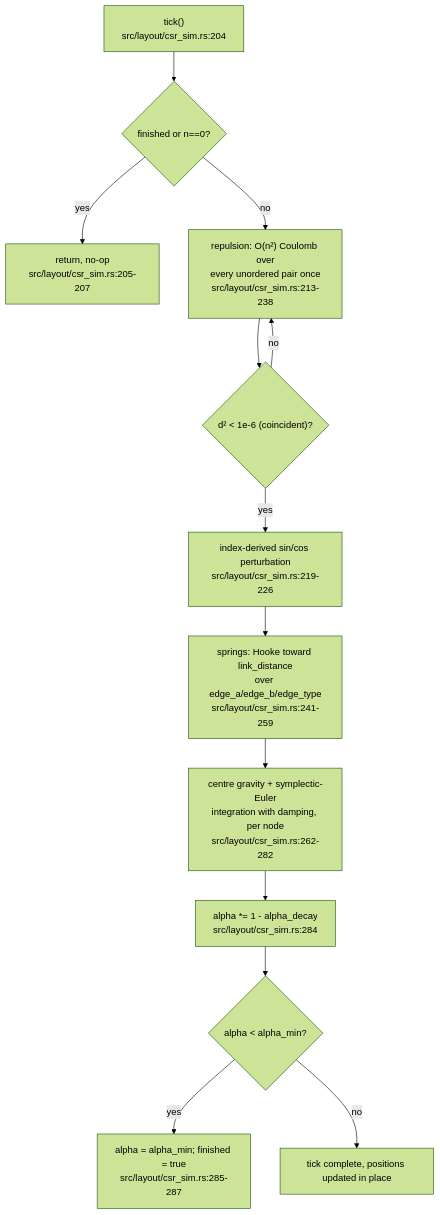
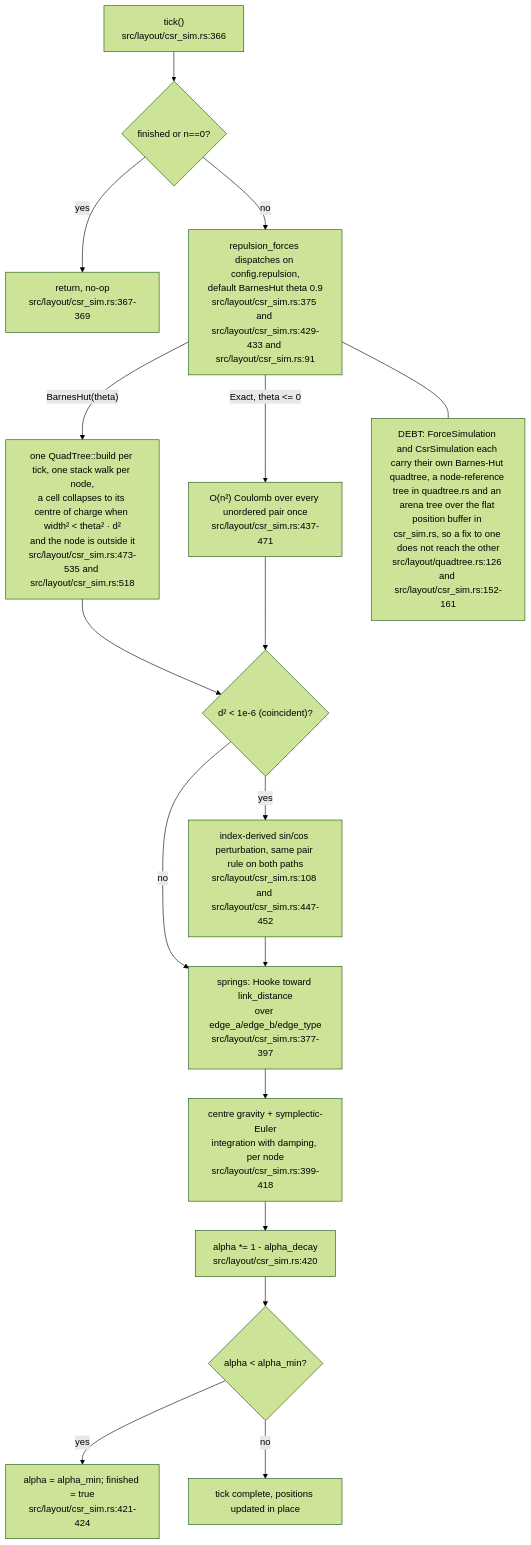
Before and after one commit to DreamLab-AI/VisionFlow: the fifth of 9 diagrams in docs/diagrams/vowl-wasm/03-force-layout-lifecycle.md, drawn with Mermaid (forest theme). The commit also changed other lines of this file and 160 other files, not shown here.

````diff
--- a/docs/diagrams/vowl-wasm/03-force-layout-lifecycle.md
+++ b/docs/diagrams/vowl-wasm/03-force-layout-lifecycle.md
@@ -90,15 +93,20 @@
 ```mermaid
 flowchart TB
-    T["tick()<br/>src/layout/csr_sim.rs:204"] --> FIN{"finished or n==0?"}
-    FIN -->|yes| RET["return, no-op<br/>src/layout/csr_sim.rs:205-207"]
-    FIN -->|no| REP["repulsion: O(n²) Coulomb over<br/>every unordered pair once<br/>src/layout/csr_sim.rs:213-238"]
-    REP --> COIN{"d² < 1e-6 (coincident)?"}
-    COIN -->|yes| NUDGE["index-derived sin/cos perturbation<br/>src/layout/csr_sim.rs:219-226"]
-    COIN -->|no| REP
-    NUDGE --> SPRING["springs: Hooke toward link_distance<br/>over edge_a/edge_b/edge_type<br/>src/layout/csr_sim.rs:241-259"]
-    SPRING --> INTEG["centre gravity + symplectic-Euler<br/>integration with damping, per node<br/>src/layout/csr_sim.rs:262-282"]
-    INTEG --> DECAY["alpha *= 1 - alpha_decay<br/>src/layout/csr_sim.rs:284"]
+    T["tick()<br/>src/layout/csr_sim.rs:366"] --> FIN{"finished or n==0?"}
+    FIN -->|yes| RET["return, no-op<br/>src/layout/csr_sim.rs:367-369"]
+    FIN -->|no| REP["repulsion_forces dispatches on config.repulsion,<br/>default BarnesHut theta 0.9<br/>src/layout/csr_sim.rs:375 and src/layout/csr_sim.rs:429-433 and src/layout/csr_sim.rs:91"]
+    REP -->|"BarnesHut(theta)"| BH["one QuadTree::build per tick, one stack walk per node,<br/>a cell collapses to its centre of charge when width² &lt; theta² · d²<br/>and the node is outside it<br/>src/layout/csr_sim.rs:473-535 and src/layout/csr_sim.rs:518"]
+    REP -->|"Exact, theta &lt;= 0"| EX["O(n²) Coulomb over every unordered pair once<br/>src/layout/csr_sim.rs:437-471"]
+    BH --> COIN{"d² < 1e-6 (coincident)?"}
+    EX --> COIN
+    COIN -->|yes| NUDGE["index-derived sin/cos perturbation, same pair rule on both paths<br/>src/layout/csr_sim.rs:108 and src/layout/csr_sim.rs:447-452"]
+    COIN -->|no| SPRING
+    NUDGE --> SPRING["springs: Hooke toward link_distance<br/>over edge_a/edge_b/edge_type<br/>src/layout/csr_sim.rs:377-397"]
+    SPRING --> INTEG["centre gravity + symplectic-Euler<br/>integration with damping, per node<br/>src/layout/csr_sim.rs:399-418"]
+    INTEG --> DECAY["alpha *= 1 - alpha_decay<br/>src/layout/csr_sim.rs:420"]
     DECAY --> FLOOR{"alpha < alpha_min?"}
-    FLOOR -->|yes| LATCH["alpha = alpha_min; finished = true<br/>src/layout/csr_sim.rs:285-287"]
+    FLOOR -->|yes| LATCH["alpha = alpha_min; finished = true<br/>src/layout/csr_sim.rs:421-424"]
     FLOOR -->|no| DONE["tick complete, positions updated in place"]
+    N1["DEBT: ForceSimulation and CsrSimulation each carry their own Barnes-Hut quadtree, a node-reference tree in quadtree.rs and an arena tree over the flat position buffer in csr_sim.rs, so a fix to one does not reach the other<br/>src/layout/quadtree.rs:126 and src/layout/csr_sim.rs:152-161"]
+    REP --- N1
 ```
````
